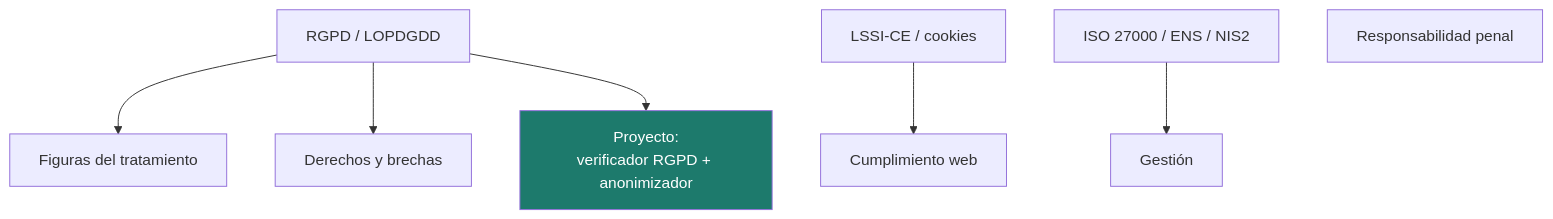
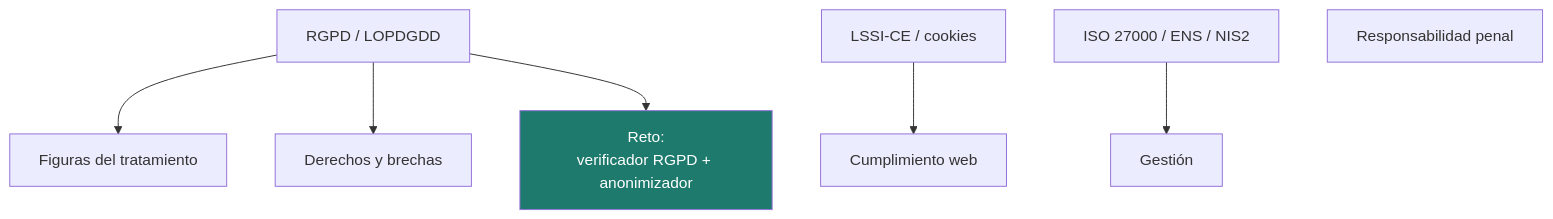
The diagram in docs/ud6/index.md (campusdevfp/cybersec2627), drawn with Mermaid before and after one commit. The commit also changed other lines of this file and 16 other files, not shown here.

````diff
--- a/docs/ud6/index.md
+++ b/docs/ud6/index.md
@@ -18,10 +18,10 @@
 ```mermaid
 flowchart TB
     A[RGPD / LOPDGDD] --> B[Figuras del tratamiento]
     A --> C[Derechos y brechas]
     D[LSSI-CE / cookies] --> E[Cumplimiento web]
     F[ISO 27000 / ENS / NIS2] --> G[Gestión]
     H[Responsabilidad penal]
-    A --> P[Proyecto:<br/>verificador RGPD + anonimizador]
+    A --> P[Reto:<br/>verificador RGPD + anonimizador]
     style P fill:#1d7a6c,color:#fff
 ```
````
